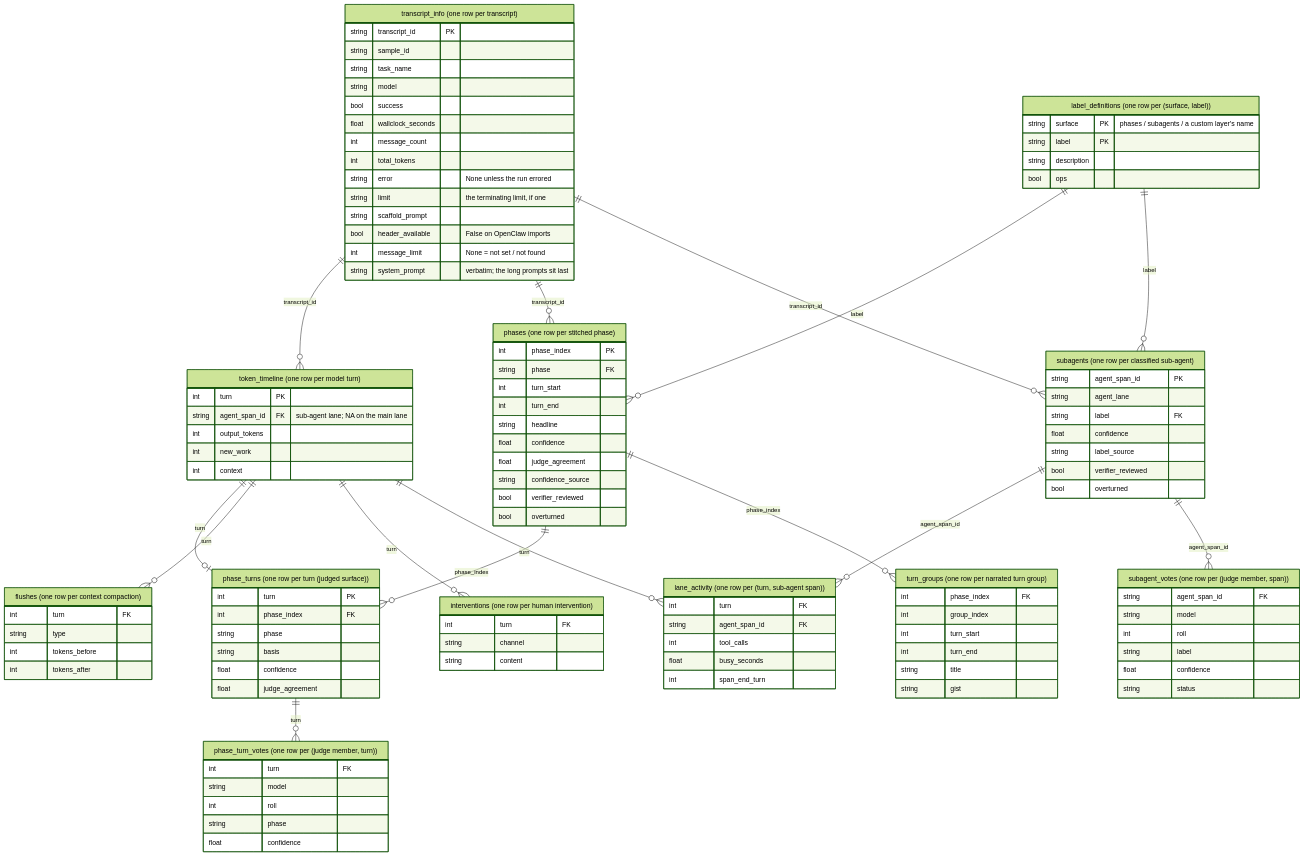
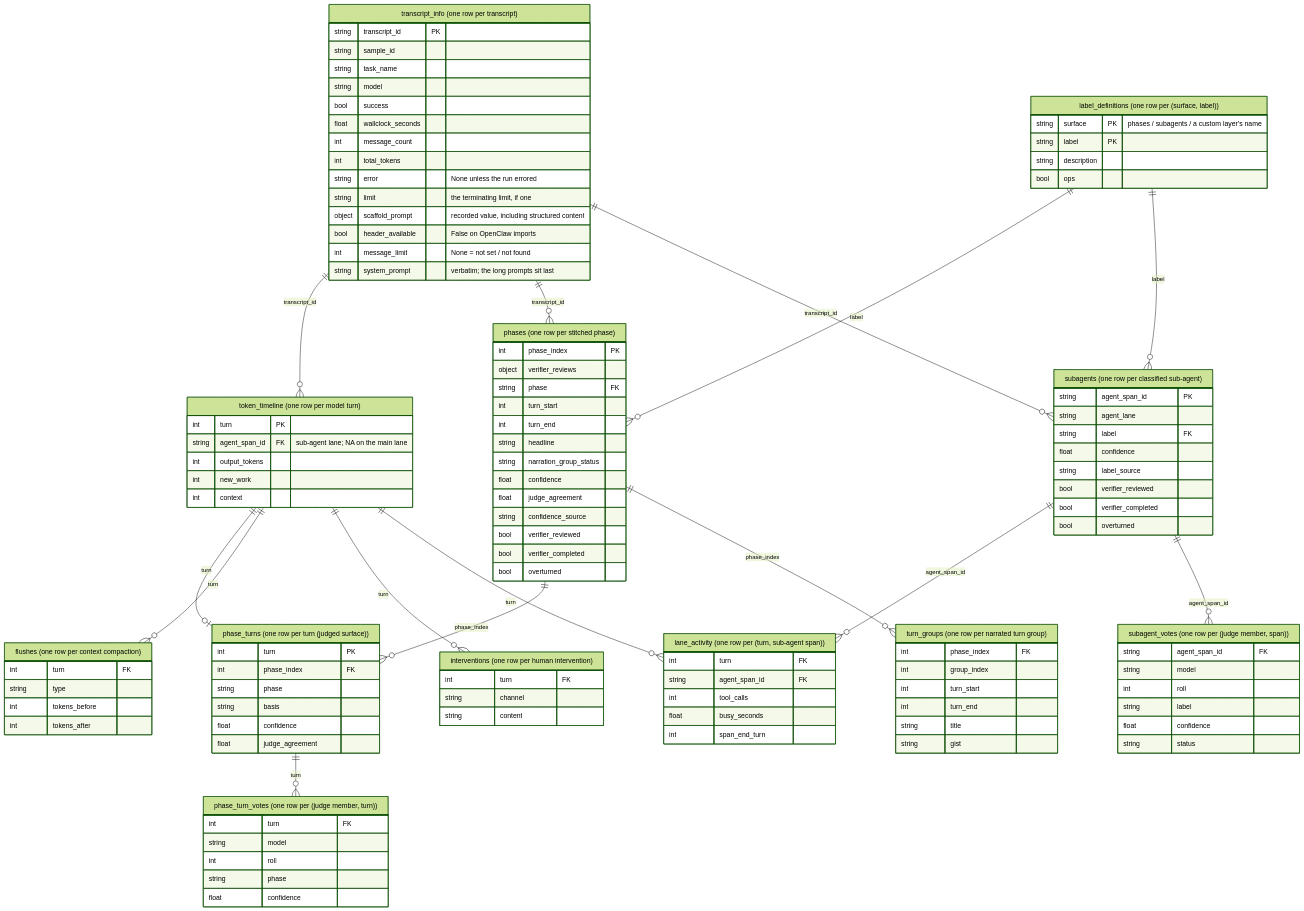
Before and after one commit to AI-Safety-Institute/transect: the diagram in README.md, drawn with Mermaid (forest theme). The commit also changed other lines of this file and 86 other files, not shown here.

```diff
--- a/README.md
+++ b/README.md
@@ -284,7 +361,7 @@
         int total_tokens
         string error "None unless the run errored"
         string limit "the terminating limit, if one"
-        string scaffold_prompt
+        object scaffold_prompt "recorded value, including structured content"
         bool header_available "False on OpenClaw imports"
         int message_limit "None = not set / not found"
         string system_prompt "verbatim; the long prompts sit last"
@@ -316,14 +393,17 @@
     }
     phases["phases (one row per stitched phase)"] {
         int phase_index PK
+        object verifier_reviews
         string phase FK
         int turn_start
         int turn_end
         string headline
+        string narration_group_status
         float confidence
         float judge_agreement
         string confidence_source
         bool verifier_reviewed
+        bool verifier_completed
         bool overturned
     }
     phase_turns["phase_turns (one row per turn (judged surface))"] {
@@ -356,6 +436,7 @@
         float confidence
         string label_source
         bool verifier_reviewed
+        bool verifier_completed
         bool overturned
     }
     subagent_votes["subagent_votes (one row per (judge member, span))"] {
```
